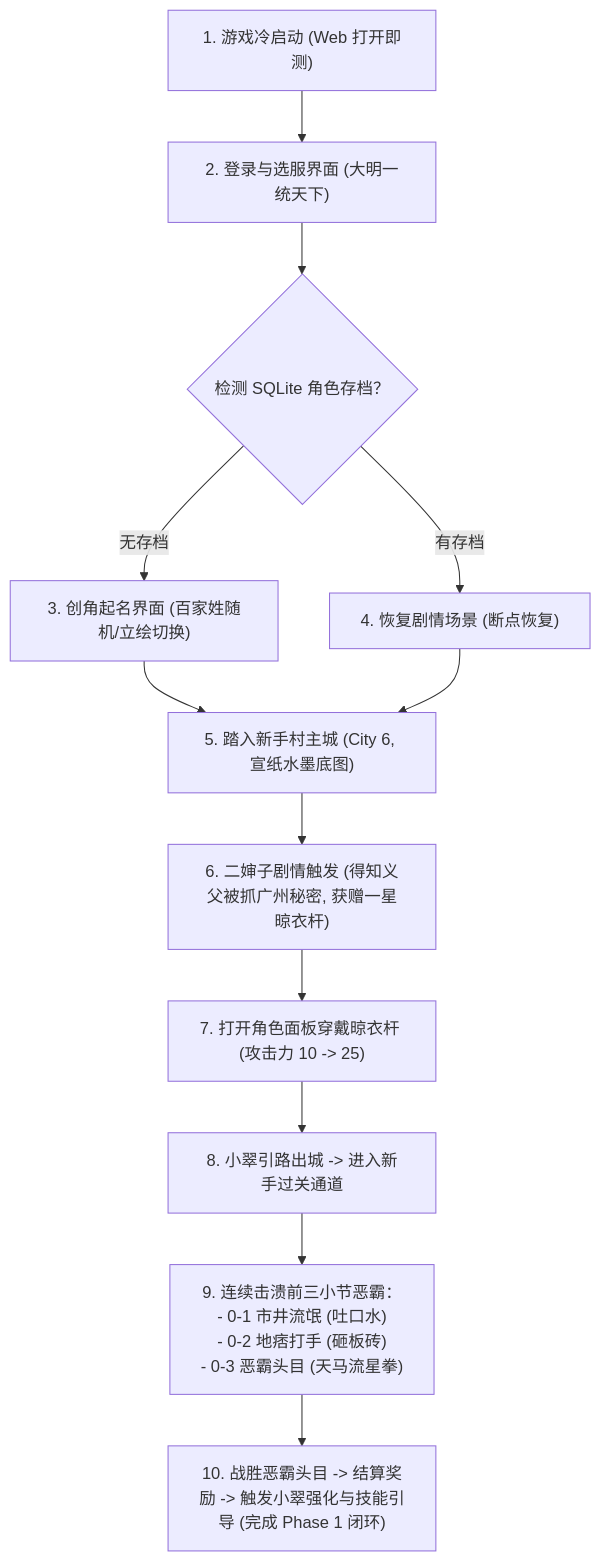
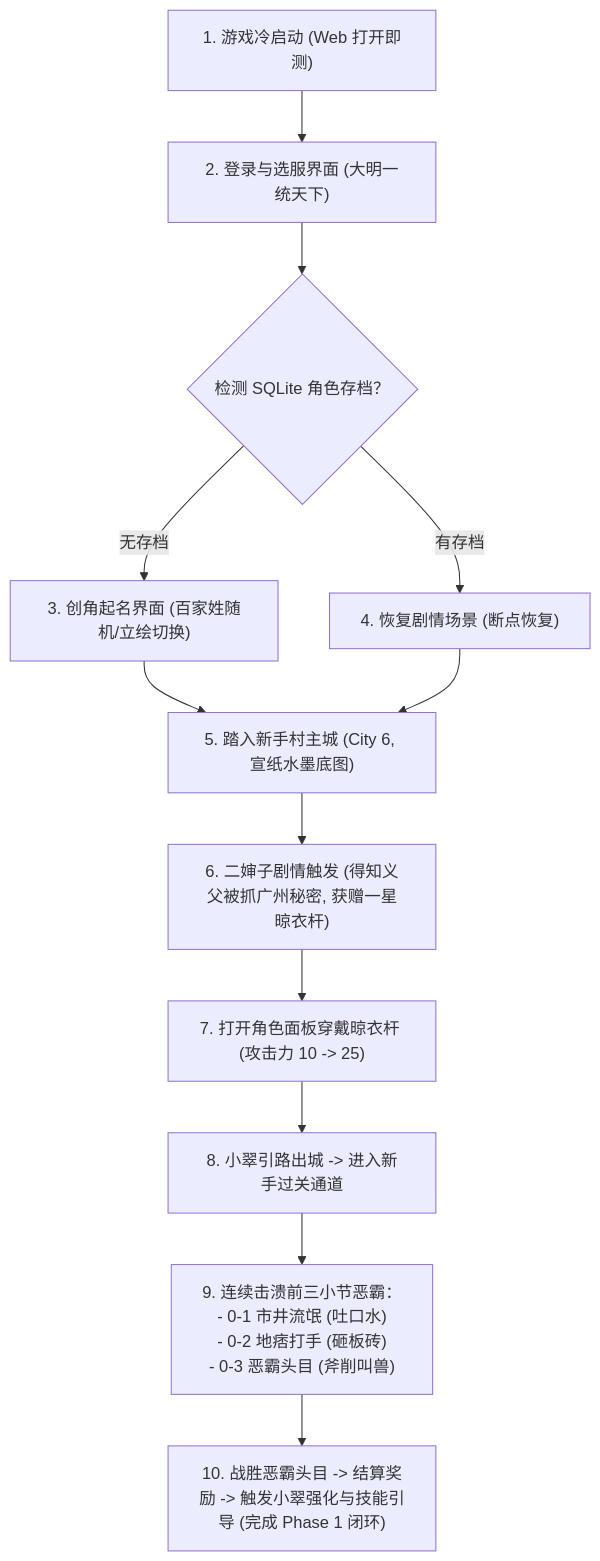
Before and after one commit to caoyek/damingfushengji_h5: the diagram in docs/phase1_playable_development_plan.md, drawn with Mermaid. The commit also changed other lines of this file and 4 other files, not shown here.

````diff
--- a/docs/phase1_playable_development_plan.md
+++ b/docs/phase1_playable_development_plan.md
@@ -51,14 +51,14 @@
 ```mermaid
 flowchart TD
     A["1. 游戏冷启动 (Web 打开即测)"] --> B["2. 登录与选服界面 (大明一统天下)"]
     B --> C{"检测 SQLite 角色存档？"}
     C -- "无存档" --> D["3. 创角起名界面 (百家姓随机/立绘切换)"]
     C -- "有存档" --> E["4. 恢复剧情场景 (断点恢复)"]
     D --> F["5. 踏入新手村主城 (City 6, 宣纸水墨底图)"]
     E --> F
     F --> G["6. 二婶子剧情触发 (得知义父被抓广州秘密, 获赠一星晾衣杆)"]
     G --> H["7. 打开角色面板穿戴晾衣杆 (攻击力 10 -> 25)"]
     H --> I["8. 小翠引路出城 -> 进入新手过关通道"]
-    I --> J["9. 连续击溃前三小节恶霸：\n- 0-1 市井流氓 (吐口水)\n- 0-2 地痞打手 (砸板砖)\n- 0-3 恶霸头目 (天马流星拳)"]
+    I --> J["9. 连续击溃前三小节恶霸：\n- 0-1 市井流氓 (吐口水)\n- 0-2 地痞打手 (砸板砖)\n- 0-3 恶霸头目 (斧削叫兽)"]
     J --> K["10. 战胜恶霸头目 -> 结算奖励 -> 触发小翠强化与技能引导 (完成 Phase 1 闭环)"]
 ```
````
